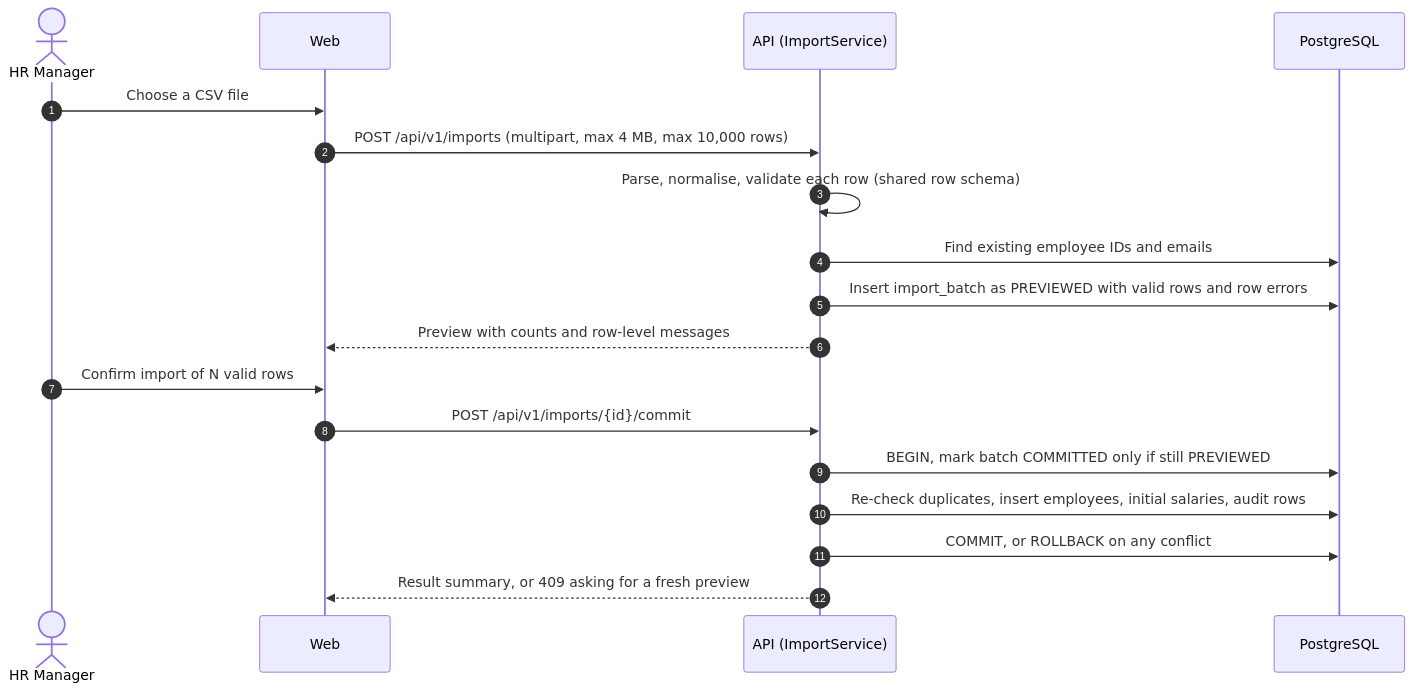
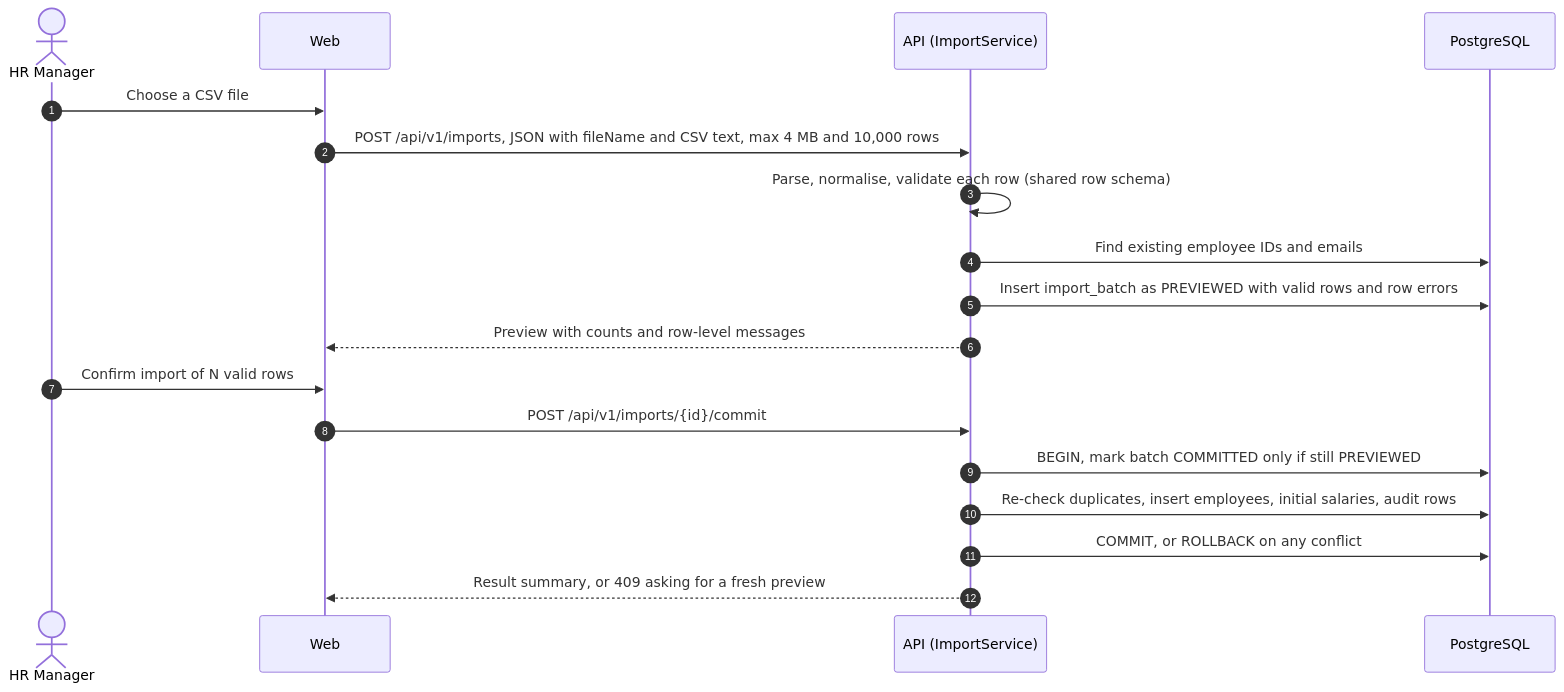
One commit to Rohitmengji/Incubyte-acme-salary-platform changed the fourth of 4 diagrams in docs/architecture.md. Above: the diagram before and after it, drawn with Mermaid. The commit also changed other lines of this file and 4 other files, not shown here.

````diff
--- a/docs/architecture.md
+++ b/docs/architecture.md
@@ -258,20 +258,20 @@
 ```mermaid
 sequenceDiagram
   autonumber
   actor HR as HR Manager
   participant W as Web
   participant A as API (ImportService)
   participant DB as PostgreSQL
   HR->>W: Choose a CSV file
-  W->>A: POST /api/v1/imports (multipart, max 4 MB, max 10,000 rows)
+  W->>A: POST /api/v1/imports, JSON with fileName and CSV text, max 4 MB and 10,000 rows
   A->>A: Parse, normalise, validate each row (shared row schema)
   A->>DB: Find existing employee IDs and emails
   A->>DB: Insert import_batch as PREVIEWED with valid rows and row errors
   A-->>W: Preview with counts and row-level messages
   HR->>W: Confirm import of N valid rows
   W->>A: POST /api/v1/imports/{id}/commit
   A->>DB: BEGIN, mark batch COMMITTED only if still PREVIEWED
   A->>DB: Re-check duplicates, insert employees, initial salaries, audit rows
   A->>DB: COMMIT, or ROLLBACK on any conflict
   A-->>W: Result summary, or 409 asking for a fresh preview
 ```
````
